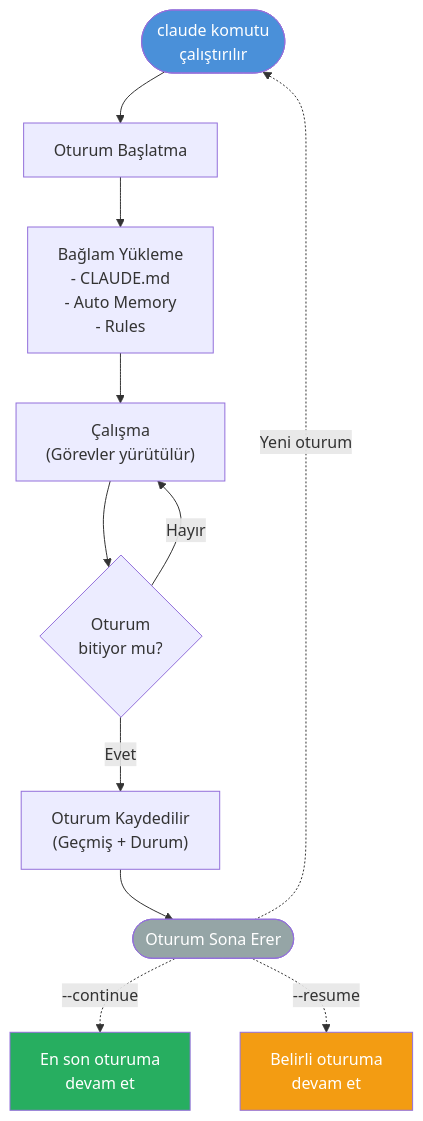
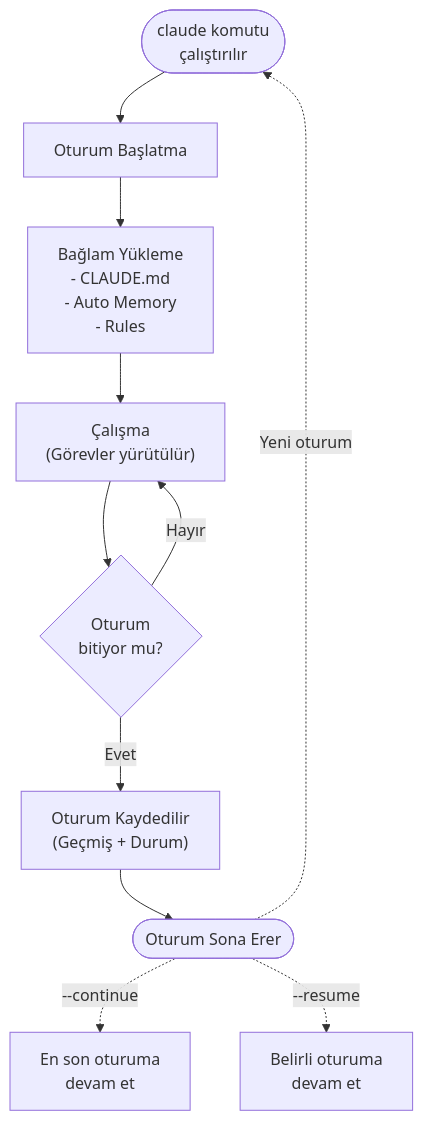
The first of 5 diagrams in 09-bellek-ve-baglam/06-oturum-yonetimi.md (IzzetYasinAtes/ClaudeCodeHandbook), drawn with Mermaid before and after one commit. The commit also changed other lines of this file and 97 other files, not shown here.

Commit message:
Remove all custom Mermaid style/fill colors from 98 markdown files for consistent dark theme rendering

````diff
--- a/09-bellek-ve-baglam/06-oturum-yonetimi.md
+++ b/09-bellek-ve-baglam/06-oturum-yonetimi.md
@@ -18,19 +18,15 @@
 ```mermaid
 flowchart TD
     START(["claude komutu<br/>çalıştırılır"]) --> INIT["Oturum Başlatma"]
     INIT --> LOAD["Bağlam Yükleme<br/>- CLAUDE.md<br/>- Auto Memory<br/>- Rules"]
     LOAD --> WORK["Çalışma<br/>(Görevler yürütülür)"]
     WORK --> CHECK{"Oturum<br/>bitiyor mu?"}
     CHECK -->|"Hayır"| WORK
     CHECK -->|"Evet"| SAVE["Oturum Kaydedilir<br/>(Geçmiş + Durum)"]
     SAVE --> END(["Oturum Sona Erer"])
 
     END -.->|"--continue"| RESUME_LATEST["En son oturuma<br/>devam et"]
     END -.->|"--resume"| RESUME_PICK["Belirli oturuma<br/>devam et"]
     END -.->|"Yeni oturum"| START
 
-    style START fill:#4A90D9,color:#fff
-    style END fill:#95A5A6,color:#fff
-    style RESUME_LATEST fill:#27AE60,color:#fff
-    style RESUME_PICK fill:#F39C12,color:#fff
 ```
````
